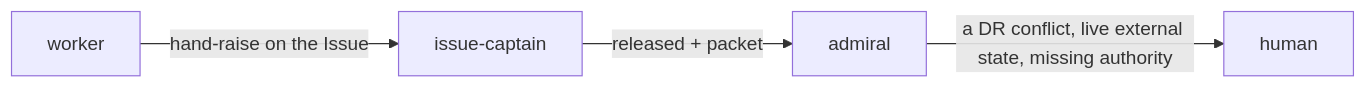
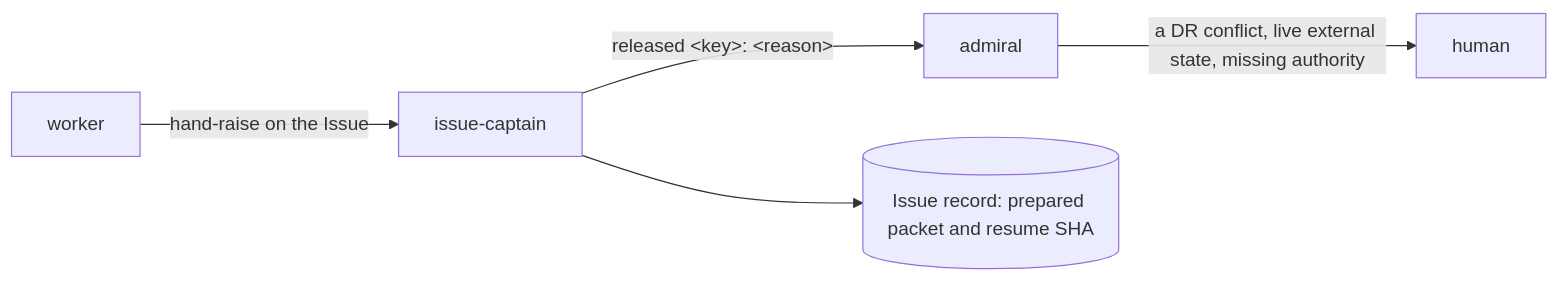
Before and after one commit to bodnarbalazs/dydo: the tenth of 12 diagrams in dydo/understand/control-flow.md, drawn with Mermaid. The commit also changed other lines of this file and 445 other files, not shown here.

````diff
--- a/dydo/understand/control-flow.md
+++ b/dydo/understand/control-flow.md
@@ -562,6 +591,7 @@
 ```mermaid
 flowchart LR
   W[worker] -->|hand-raise on the Issue| C[issue-captain]
-  C -->|released + packet| A[admiral]
+  C -->|released &lt;key&gt;: &lt;reason&gt;| A[admiral]
+  C --> R[(Issue record: prepared packet and resume SHA)]
   A -->|a DR conflict, live external state, missing authority| H[human]
 ```
````
